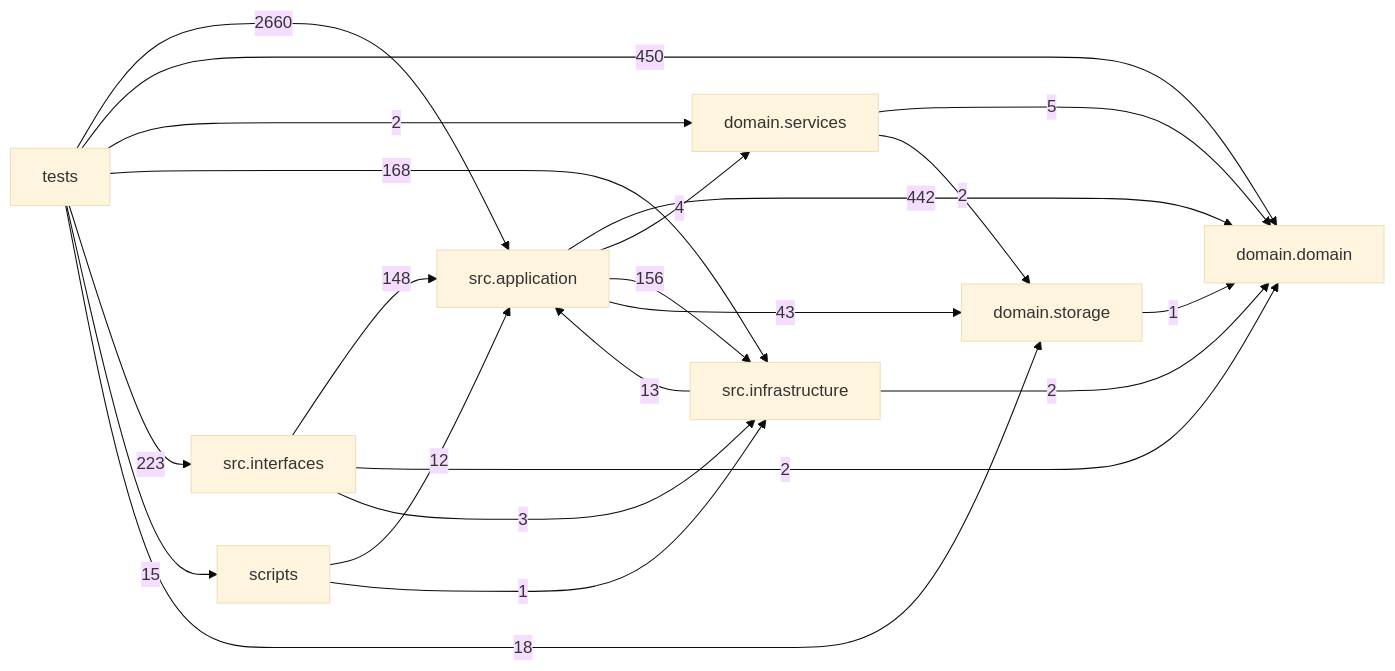
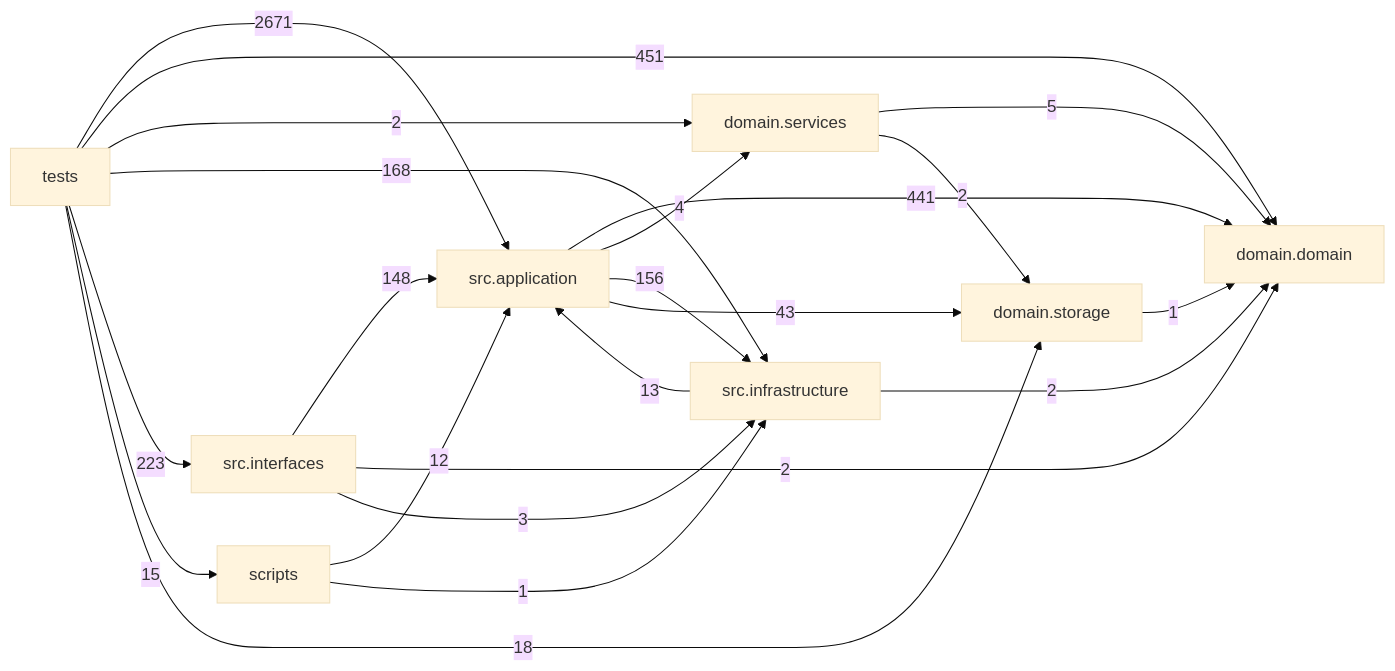
One commit to liuxie066/options-monitor changed the diagram in docs/DEPENDENCY_GRAPH.md. Above: the diagram before and after it, drawn with Mermaid (base theme). The commit also changed other lines of this file and 1 other file, not shown here.

Commit message:
docs(graph): refresh dependency graph

````diff
--- a/docs/DEPENDENCY_GRAPH.md
+++ b/docs/DEPENDENCY_GRAPH.md
@@ -24,32 +24,32 @@
 ```mermaid
 flowchart LR
   tests["tests"]
   scripts["scripts"]
   interfaces["src.interfaces"]
   application["src.application"]
   infrastructure["src.infrastructure"]
   domain_services["domain.services"]
   domain["domain.domain"]
   storage["domain.storage"]
-  application -->|442| domain
+  application -->|441| domain
   application -->|4| domain_services
   application -->|156| infrastructure
   application -->|43| storage
   domain_services -->|5| domain
   domain_services -->|2| storage
   infrastructure -->|13| application
   infrastructure -->|2| domain
   interfaces -->|148| application
   interfaces -->|2| domain
   interfaces -->|3| infrastructure
   scripts -->|12| application
   scripts -->|1| infrastructure
   storage -->|1| domain
-  tests -->|2660| application
-  tests -->|450| domain
+  tests -->|2671| application
+  tests -->|451| domain
   tests -->|2| domain_services
   tests -->|168| infrastructure
   tests -->|223| interfaces
   tests -->|15| scripts
   tests -->|18| storage
 ```
````
